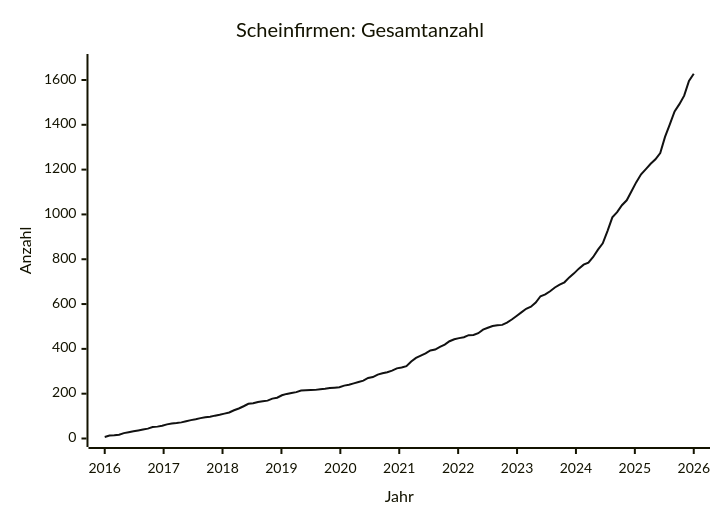
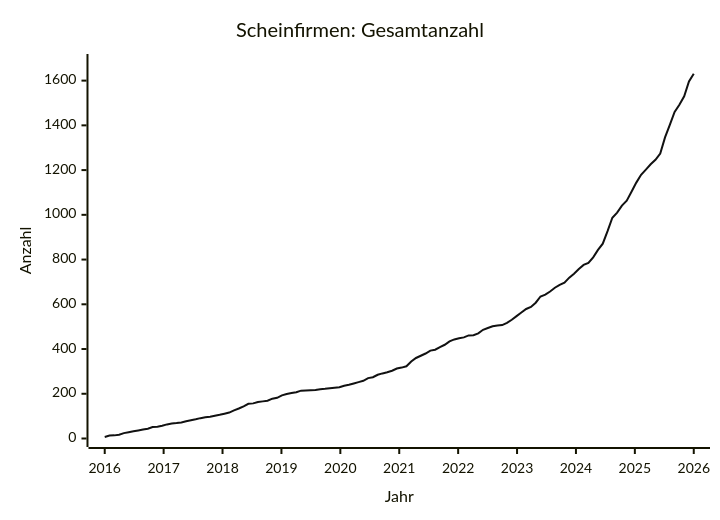
Before and after one commit to arjoma/scheinfirmen-at: the diagram in data/STATS.md, drawn with Mermaid. The commit also changed other lines of this file and 3 other files, not shown here.

````diff
--- a/data/STATS.md
+++ b/data/STATS.md
@@ -9,13 +9,13 @@
 ```mermaid
 ---
 config:
   themeVariables:
     xyChart:
       plotColorPalette: "#111111"
 ---
 xychart-beta
     title "Scheinfirmen: Gesamtanzahl"
     x-axis "Jahr" 2016 --> 2026
-    y-axis "Anzahl" 0 --> 1678
-    line [7, 13, 14, 17, 24, 28, 32, 36, 40, 44, 51, 53, 57, 63, 67, 69, 72, 77, 82, 86, 91, 95, 97, 102, 106, 111, 116, 126, 134, 144, 155, 157, 163, 166, 169, 178, 182, 193, 199, 203, 207, 214, 215, 216, 217, 220, 222, 225, 227, 229, 236, 240, 246, 252, 258, 270, 274, 285, 291, 296, 303, 313, 317, 323, 344, 360, 370, 380, 393, 397, 409, 419, 434, 443, 448, 452, 461, 462, 470, 486, 494, 502, 505, 507, 517, 531, 547, 563, 579, 588, 607, 635, 643, 657, 674, 687, 697, 719, 737, 758, 776, 785, 810, 843, 871, 927, 987, 1010, 1041, 1063, 1103, 1144, 1179, 1202, 1226, 1246, 1274, 1346, 1402, 1460, 1492, 1530, 1596, 1628]
+    y-axis "Anzahl" 0 --> 1681
+    line [7, 13, 14, 17, 24, 28, 32, 36, 40, 44, 51, 53, 57, 63, 67, 69, 72, 77, 82, 86, 91, 95, 97, 102, 106, 111, 116, 126, 134, 144, 155, 157, 163, 166, 169, 178, 182, 193, 199, 203, 207, 214, 215, 216, 217, 220, 222, 225, 227, 229, 236, 240, 246, 252, 258, 270, 274, 285, 291, 296, 303, 313, 317, 323, 344, 360, 370, 380, 393, 397, 409, 419, 434, 443, 448, 452, 461, 462, 470, 486, 494, 502, 505, 507, 517, 531, 547, 563, 579, 588, 607, 635, 643, 657, 674, 687, 697, 719, 737, 758, 776, 785, 810, 843, 871, 927, 987, 1010, 1041, 1063, 1103, 1144, 1179, 1202, 1226, 1246, 1274, 1346, 1402, 1460, 1492, 1530, 1596, 1631]
 ```
````
